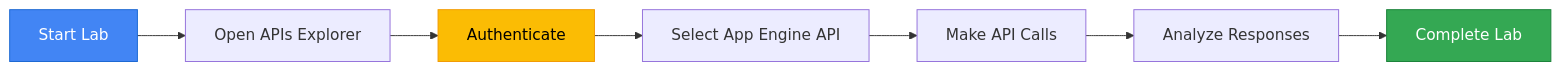
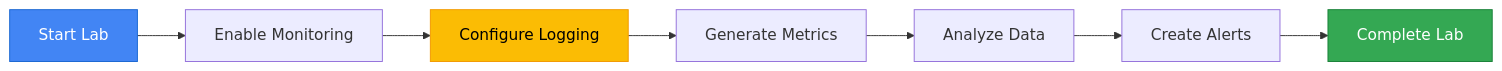
Before and after one commit to theeccentriccoder01/Google-Arcade-Labs-EduLinkUp1: the first of 4 diagrams in Bracketology with Google Machine Learning/EduLinkUp.md, drawn with Mermaid. The commit also changed other lines of this file and 263 other files, not shown here.

````diff
--- a/Bracketology with Google Machine Learning/EduLinkUp.md
+++ b/Bracketology with Google Machine Learning/EduLinkUp.md
@@ -16,13 +16,13 @@
 ```mermaid
 graph LR
-    A[Start Lab] --> B[Open APIs Explorer]
-    B --> C[Authenticate]
-    C --> D[Select App Engine API]
-    D --> E[Make API Calls]
-    E --> F[Analyze Responses]
+    A[Start Lab] --> B[Enable Monitoring]
+    B --> C[Configure Logging]
+    C --> D[Generate Metrics]
+    D --> E[Analyze Data]
+    E --> F[Create Alerts]
     F --> G[Complete Lab]
     
     style A fill:#4285F4,stroke:#1967D2,color:#fff
     style G fill:#34A853,stroke:#188038,color:#fff
     style C fill:#FBBC04,stroke:#F29900,color:#000
 ```
````
